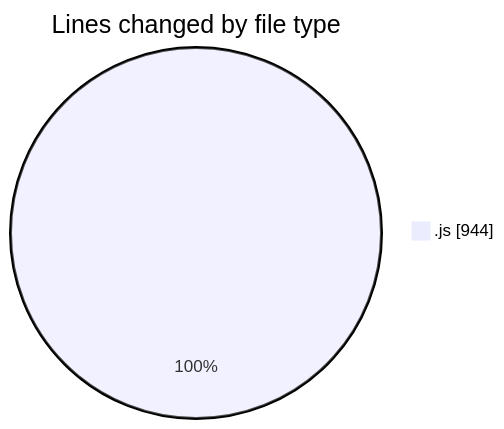
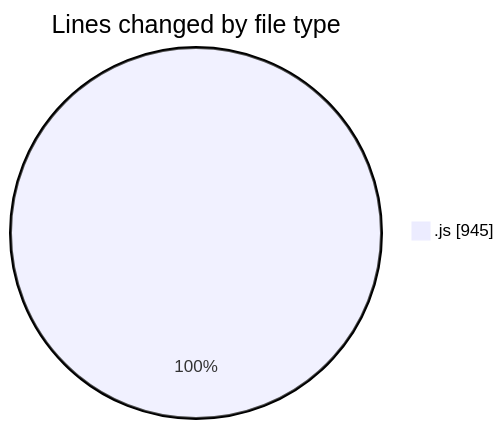
Before and after one commit to nxtqubesakshisongat/code-tracking: the first of 2 diagrams in 2025-12-29/nxtqube_webapp/README.md, drawn with Mermaid. The commit also changed other lines of this file and 1 other file, not shown here.

````diff
--- a/2025-12-29/nxtqube_webapp/README.md
+++ b/2025-12-29/nxtqube_webapp/README.md
@@ -20,5 +20,5 @@
 ```mermaid
 pie showData
 title Lines changed by file type
-".js" : 944
+".js" : 945
 ```
````
